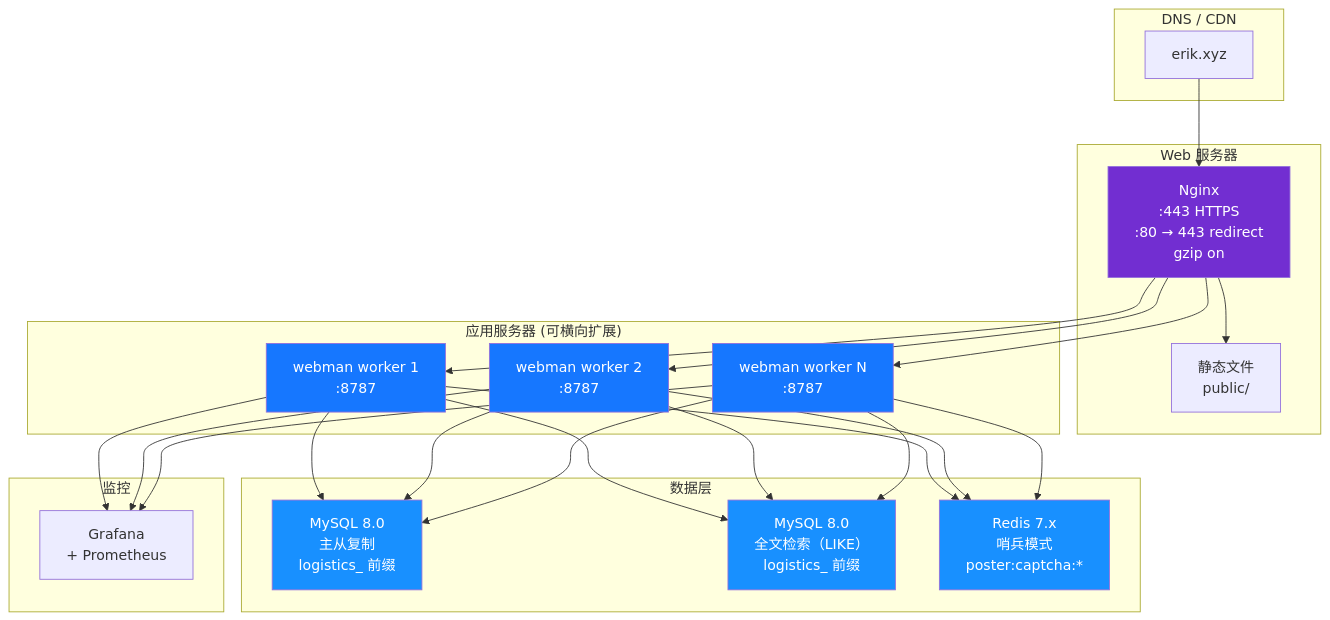
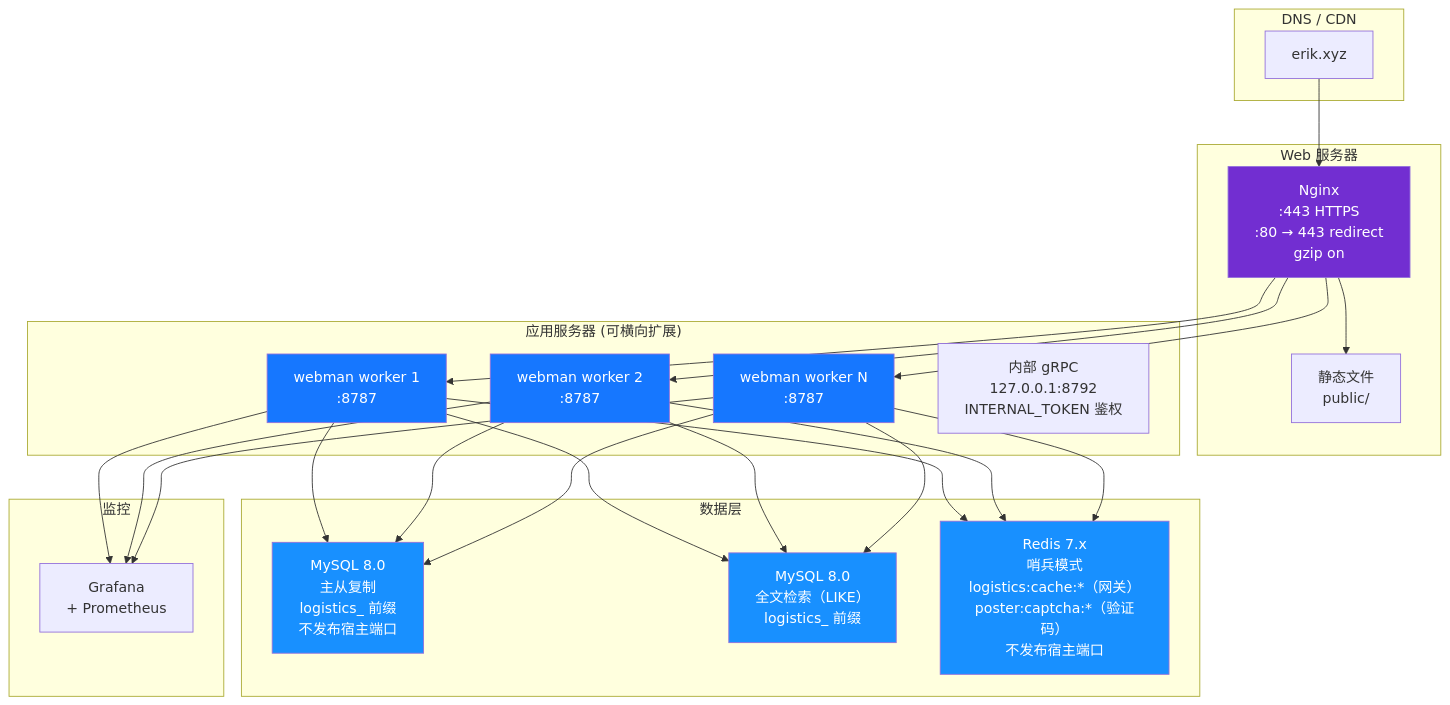
Before and after one commit to erikwang2013/integrated-global-logistics: diagram 12 of 13 in admin/docs/ARCHITECTURE.md, drawn with Mermaid. The commit also changed other lines of this file and 88 other files, not shown here.

````diff
--- a/admin/docs/ARCHITECTURE.md
+++ b/admin/docs/ARCHITECTURE.md
@@ -599,43 +599,44 @@
 ```mermaid
 flowchart TB
     subgraph "DNS / CDN"
         DNS["erik.xyz"]
     end
 
     subgraph "Web 服务器"
         NGX["Nginx<br/>:443 HTTPS<br/>:80 → 443 redirect<br/>gzip on"]
         STA["静态文件<br/>public/"]
     end
 
     subgraph "应用服务器 (可横向扩展)"
         WM1["webman worker 1<br/>:8787"]
         WM2["webman worker 2<br/>:8787"]
         WM3["webman worker N<br/>:8787"]
+        GRPC["内部 gRPC<br/>127.0.0.1:8792<br/>INTERNAL_TOKEN 鉴权"]
     end
 
     subgraph "数据层"
-        MYSQL["MySQL 8.0<br/>主从复制<br/>logistics_ 前缀"]
+        MYSQL["MySQL 8.0<br/>主从复制<br/>logistics_ 前缀<br/>不发布宿主端口"]
         ES["MySQL 8.0<br/>全文检索（LIKE）<br/>logistics_ 前缀"]
-        REDIS["Redis 7.x<br/>哨兵模式<br/>poster:captcha:*"]
+        REDIS["Redis 7.x<br/>哨兵模式<br/>logistics:cache:*（网关）<br/>poster:captcha:*（验证码）<br/>不发布宿主端口"]
     end
 
     subgraph "监控"
         MON["Grafana<br/>+ Prometheus"]
     end
 
     DNS --> NGX
     NGX --> STA
     NGX --> WM1 & WM2 & WM3
     WM1 & WM2 & WM3 --> MYSQL
     WM1 & WM2 & WM3 --> ES
     WM1 & WM2 & WM3 --> REDIS
     WM1 & WM2 & WM3 --> MON
 
     style NGX fill:#722ED1,color:#fff
     style WM1 fill:#1677FF,color:#fff
     style WM2 fill:#1677FF,color:#fff
     style WM3 fill:#1677FF,color:#fff
     style MYSQL fill:#1890FF,color:#fff
     style ES fill:#1890FF,color:#fff
     style REDIS fill:#1890FF,color:#fff
 ```
````
